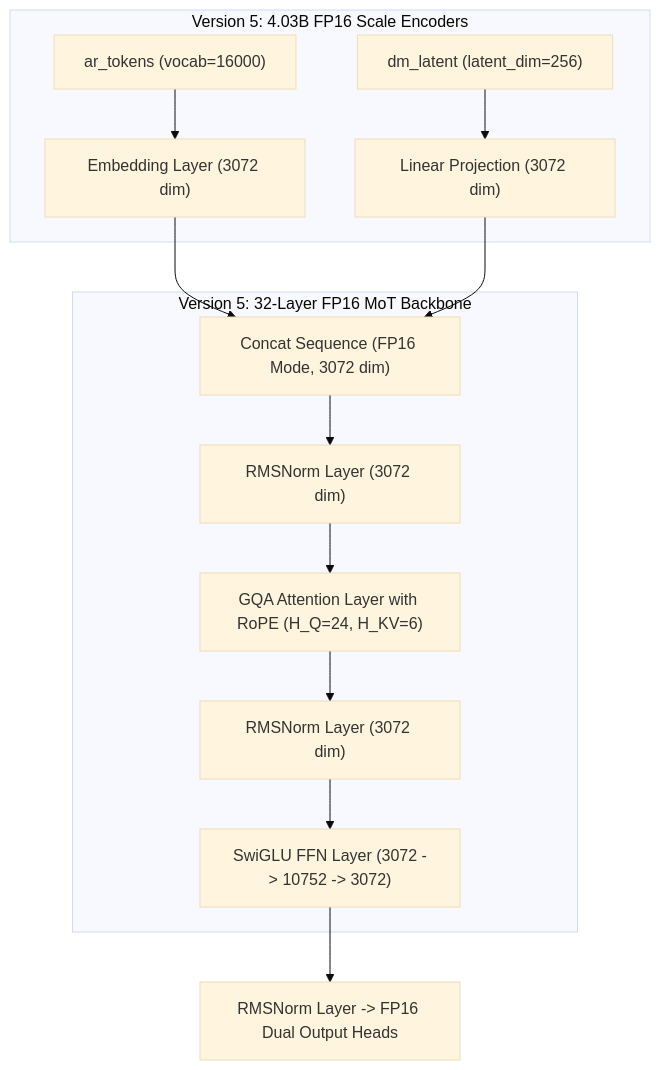
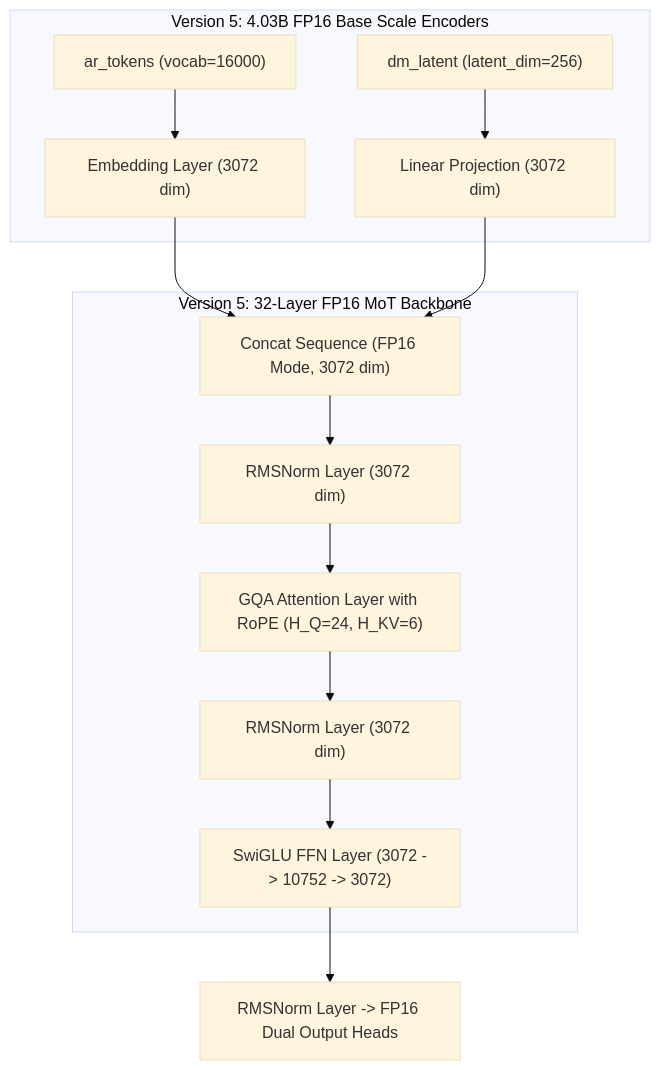
Before and after one commit to datascience180806/mini_cosmos: the sixth of 9 diagrams in VERSION_COMPARISON.md, drawn with Mermaid (base theme). The commit also changed other lines of this file and 4 other files, not shown here.

Commit message:
Create Version 8 (4.03B QK-Norm + LayerScale Architecture) for 1-to-1 comparison against Version 5 at 4B scale

````diff
--- a/VERSION_COMPARISON.md
+++ b/VERSION_COMPARISON.md
@@ -224,19 +224,19 @@
 ```mermaid
 flowchart TD
-    subgraph V5_INPUTS["Version 5: 4.03B FP16 Scale Encoders"]
+    subgraph V5_INPUTS["Version 5: 4.03B FP16 Base Scale Encoders"]
         V5_AR["ar_tokens (vocab=16000)"] --> V5_EMB["Embedding Layer (3072 dim)"]
         V5_DM["dm_latent (latent_dim=256)"] --> V5_PROJ["Linear Projection (3072 dim)"]
     end
 
     V5_EMB --> V5_CAT["Concat Sequence (FP16 Mode, 3072 dim)"]
     V5_PROJ --> V5_CAT
 
     subgraph V5_BLOCKS["Version 5: 32-Layer FP16 MoT Backbone"]
         V5_CAT --> V5_RMS1["RMSNorm Layer (3072 dim)"]
         V5_RMS1 --> V5_GQA["GQA Attention Layer with RoPE (H_Q=24, H_KV=6)"]
         V5_GQA --> V5_RMS2["RMSNorm Layer (3072 dim)"]
         V5_RMS2 --> V5_SWIGLU["SwiGLU FFN Layer (3072 -> 10752 -> 3072)"]
     end
 
     V5_SWIGLU --> V5_OUT["RMSNorm Layer -> FP16 Dual Output Heads"]
 ```
````
